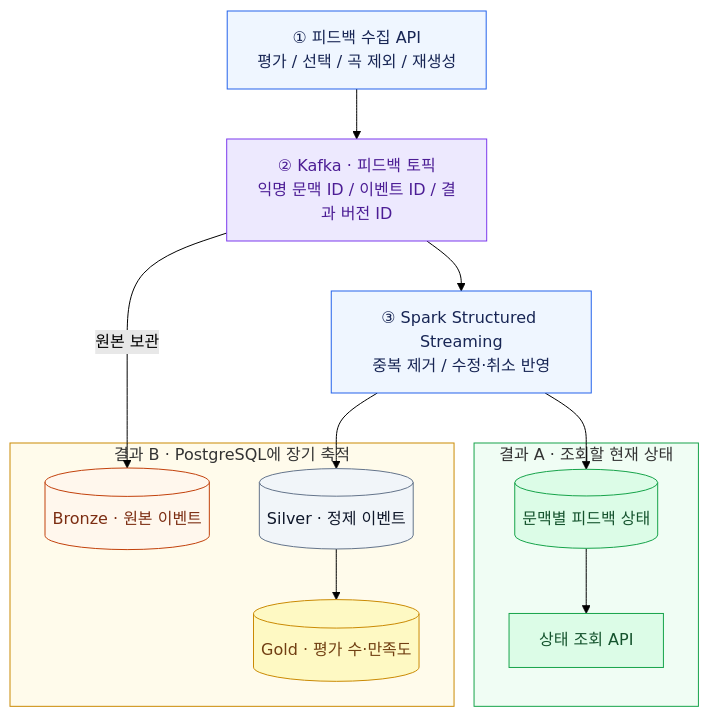
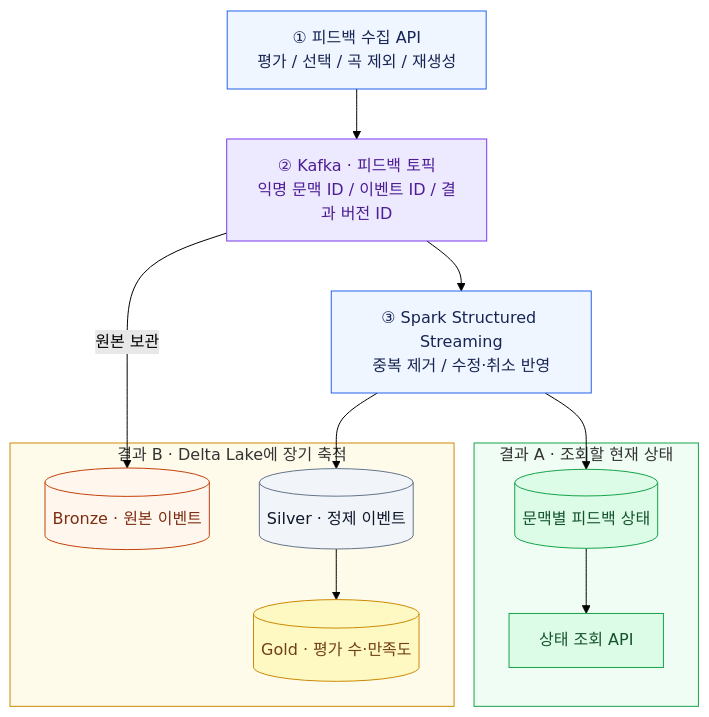
The second of 4 diagrams in docs/product/카페_음악_추천_서비스_3차_구현_태스크.md (encore-ai-campus/mlo-01-p3-team1), drawn with Mermaid (forest theme) before and after one commit. The commit also changed other lines of this file and 99 other files, not shown here.

````diff
--- a/docs/product/카페_음악_추천_서비스_3차_구현_태스크.md
+++ b/docs/product/카페_음악_추천_서비스_3차_구현_태스크.md
@@ -135,35 +106,35 @@
 ```mermaid
 flowchart TB
     SOURCE["① 피드백 수집 API<br/>평가 / 선택 / 곡 제외 / 재생성"]
     KAFKA["② Kafka · 피드백 토픽<br/>익명 문맥 ID / 이벤트 ID / 결과 버전 ID"]
     SPARK["③ Spark Structured Streaming<br/>중복 제거 / 수정·취소 반영"]
     SOURCE --> KAFKA --> SPARK
     KAFKA -->|원본 보관| BRONZE
     subgraph LIVE["결과 A · 조회할 현재 상태"]
         STATE[("문맥별 피드백 상태")]
         VIEW["상태 조회 API"]
         STATE --> VIEW
     end
-    subgraph LAKE["결과 B · PostgreSQL에 장기 축적"]
+    subgraph LAKE["결과 B · Delta Lake에 장기 축적"]
         BRONZE[("Bronze · 원본 이벤트")]
         SILVER[("Silver · 정제 이벤트")]
         GOLD[("Gold · 평가 수·만족도")]
         SILVER --> GOLD
     end
     SPARK --> STATE
     SPARK --> SILVER
     classDef process fill:#eff6ff,stroke:#2563eb,color:#172554;
     classDef event fill:#ede9fe,stroke:#7c3aed,color:#4c1d95;
     classDef state fill:#dcfce7,stroke:#16a34a,color:#14532d;
     classDef bronze fill:#fff7ed,stroke:#c2410c,color:#7c2d12;
     classDef silver fill:#f1f5f9,stroke:#64748b,color:#0f172a;
     classDef gold fill:#fef9c3,stroke:#ca8a04,color:#713f12;
     class SOURCE,SPARK process;
     class KAFKA event;
     class STATE,VIEW state;
     class BRONZE bronze;
     class SILVER silver;
     class GOLD gold;
     style LIVE fill:#f0fdf4,stroke:#16a34a
     style LAKE fill:#fffbeb,stroke:#ca8a04
 ```
````
